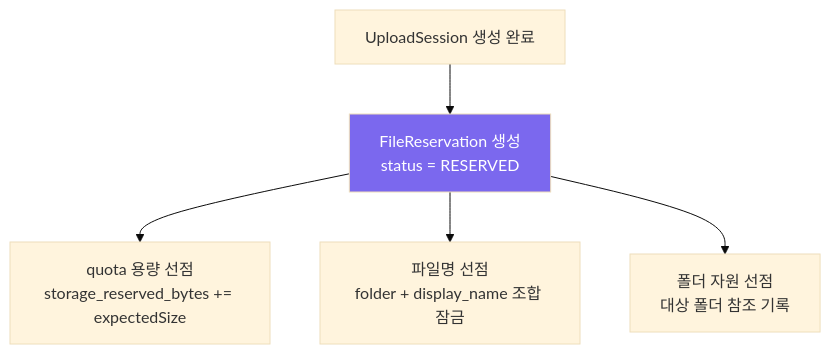
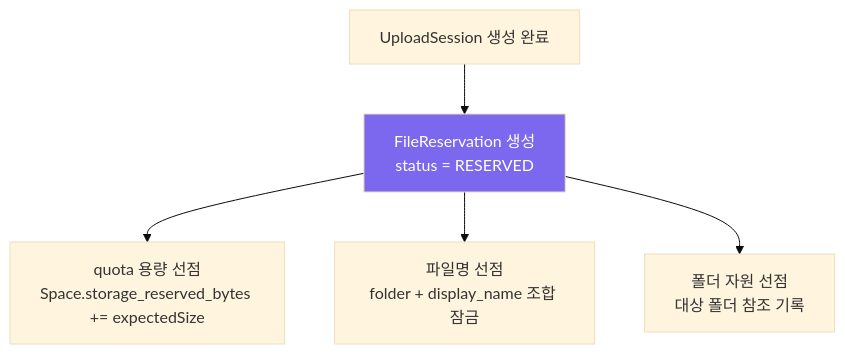
Before and after one commit to Cloud-Sharp/docs: the sixth of 17 diagrams in docs/설계/pipeline/업로드 파이프라인.md, drawn with Mermaid (base theme). The commit also changed other lines of this file and 5 other files, not shown here.

````diff
--- a/docs/설계/pipeline/업로드 파이프라인.md
+++ b/docs/설계/pipeline/업로드 파이프라인.md
@@ -197,9 +204,9 @@
 ```mermaid
 flowchart TD
     A["UploadSession 생성 완료"] --> B["FileReservation 생성<br/>status = RESERVED"]
-    B --> C["quota 용량 선점<br/>storage_reserved_bytes += expectedSize"]
+    B --> C["quota 용량 선점<br/>Space.storage_reserved_bytes += expectedSize"]
     B --> D["파일명 선점<br/>folder + display_name 조합 잠금"]
     B --> E["폴더 자원 선점<br/>대상 폴더 참조 기록"]
 
     style B fill:#7b68ee,color:#fff
 ```
````
